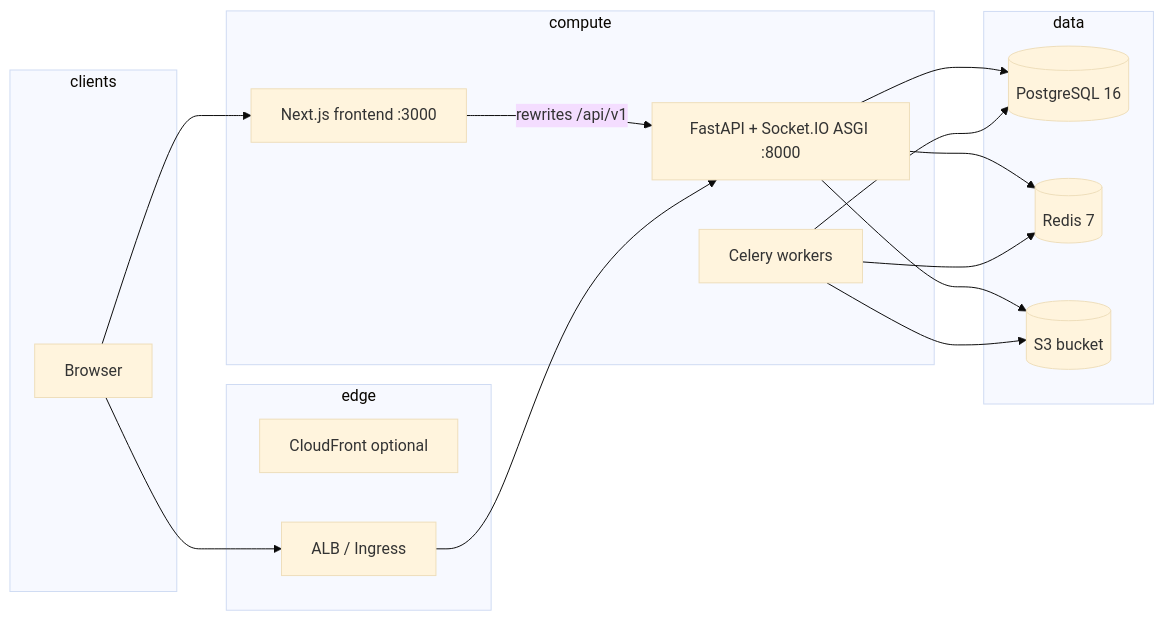
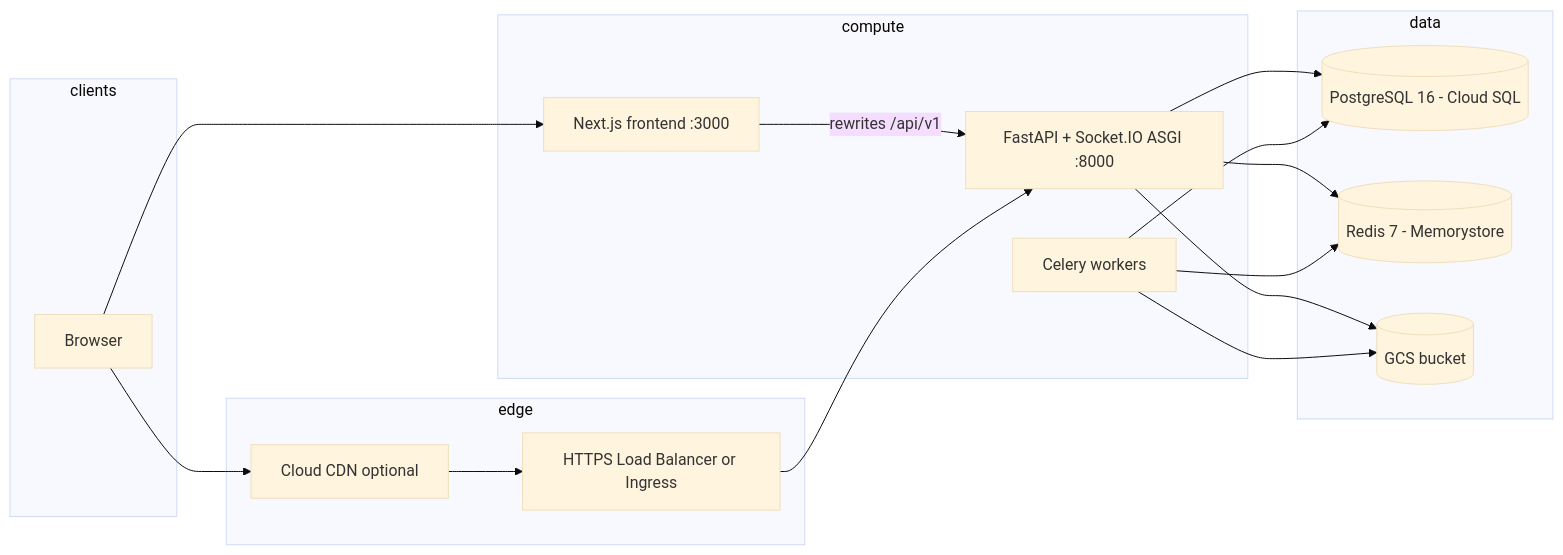
One commit to anulsasidharan/AI-Video-Intelligence-Content-Moderation-Platform changed the diagram in docs/DEPLOYMENT.md. Above: the diagram before and after it, drawn with Mermaid (base theme). The commit also changed other lines of this file and 49 other files, not shown here.

````diff
--- a/docs/DEPLOYMENT.md
+++ b/docs/DEPLOYMENT.md
@@ -9,30 +11,31 @@
 ```mermaid
 flowchart LR
   subgraph clients
     Browser[Browser]
   end
   subgraph edge
-    CF[CloudFront optional]
-    ALB[ALB / Ingress]
+    CDN[Cloud CDN optional]
+    LB[HTTPS Load Balancer or Ingress]
   end
   subgraph compute
     FE[Next.js frontend :3000]
     API[FastAPI + Socket.IO ASGI :8000]
     WRK[Celery workers]
   end
   subgraph data
-    PG[(PostgreSQL 16)]
-    RD[(Redis 7)]
-    S3[(S3 bucket)]
+    PG[(PostgreSQL 16 - Cloud SQL)]
+    RD[(Redis 7 - Memorystore)]
+    GCS[(GCS bucket)]
   end
   Browser --> FE
-  Browser --> ALB
+  Browser --> CDN
+  CDN --> LB
   FE -->|rewrites /api/v1| API
-  ALB --> API
+  LB --> API
   API --> PG
   API --> RD
   WRK --> PG
   WRK --> RD
-  API --> S3
-  WRK --> S3
+  API --> GCS
+  WRK --> GCS
 ```
````
